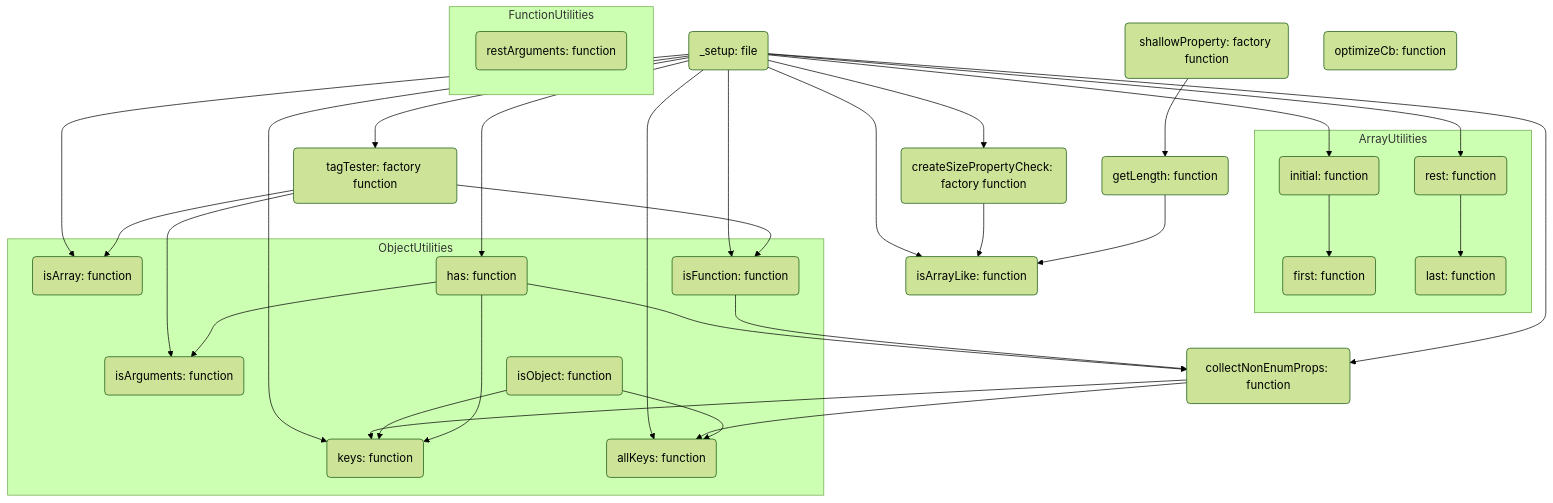
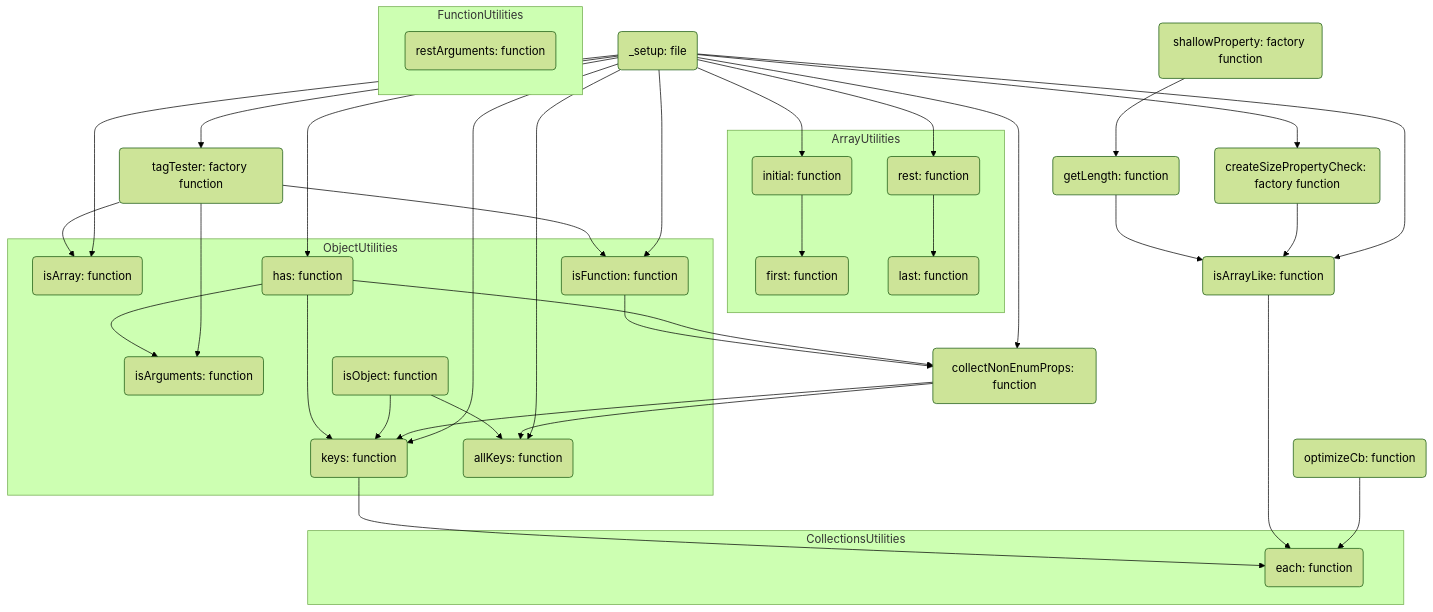
The diagram in doc/dependencies.mmd (AshGreyG/To-Realize-Underscore), drawn with Mermaid (forest theme) before and after one commit. The commit also changed 4 other files, not shown here.

Commit message:
:sparkles: add `each` function of Collections utils and corresponding test cases

```diff
--- a/doc/dependencies.mmd
+++ b/doc/dependencies.mmd
@@ -1,104 +1,112 @@
 flowchart TD
   %% Define nodes and their names
 
   %%% `_xxx` files
 
   _setup(_setup: file)
   _shallowProperty(shallowProperty: factory function)
   _getLength(getLength: function)
   _createSizePropertyCheck(createSizePropertyCheck: factory function)
   _isArrayLike(isArrayLike: function)
   _tagTester(tagTester: factory function)
   _optimizeCb(optimizeCb: function)
   _collectNonEnumProps(collectNonEnumProps: function)
+
+  %%% Collections functions
+
+  subgraph CollectionsUtilities
+    each(each: function)
+  end
 
   %%% Array functions
 
   subgraph ArrayUtilities
     initial(initial: function)
     first(first: function)
     rest(rest: function)
     last(last: function)
   end
 
   %%% Object functions
 
   subgraph ObjectUtilities
     isArray(isArray: function)
     isArguments(isArguments: function)
     isObject(isObject: function)
     isFunction(isFunction: function)
     has(has: function)
     keys(keys: function)
     allKeys(allKeys: function)
   end
 
   subgraph FunctionUtilities
     restArguments(restArguments: function)
   end
 
   %% Edge settings
 
   _setup --> initial
   _setup --> rest
   _setup --> _isArrayLike
   _setup --> _tagTester
   _setup --> isArray
   _setup --> has
   _setup --> _createSizePropertyCheck
   _setup --> _collectNonEnumProps
   _setup --> isFunction
   _setup --> keys
   _setup --> allKeys
 
   _tagTester --> isArray
   _tagTester --> isArguments
   _tagTester --> isFunction
   _shallowProperty --> _getLength
   _createSizePropertyCheck --> _isArrayLike
   _getLength --> _isArrayLike
   initial --> first
   rest --> last 
   has --> isArguments
   has --> _collectNonEnumProps
   isFunction --> _collectNonEnumProps
   _collectNonEnumProps --> keys
   isObject --> keys
   has --> keys
   _collectNonEnumProps --> allKeys
   isObject --> allKeys
-
+  _optimizeCb --> each
+  _isArrayLike --> each
+  keys --> each
 
   %% Hyperlink settings
 
   %%% `_xxx` files
  
   click _setup "https://github.com/AshGreyG/To-Realize-Underscore/blob/main/modules/_setup.js"
   click _shallowProperty "https://github.com/AshGreyG/To-Realize-Underscore/blob/main/modules/_shallowProperty.js"
   click _getLength "https://github.com/AshGreyG/To-Realize-Underscore/blob/main/modules/_getLength.js"
   click _createSizePropertyCheck "https://github.com/AshGreyG/To-Realize-Underscore/blob/main/modules/_createSizePropertyCheck.js"
   click _isArrayLike "https://github.com/AshGreyG/To-Realize-Underscore/blob/main/modules/_isArrayLike.js"
   click _tagTester "https://github.com/AshGreyG/To-Realize-Underscore/blob/main/modules/_tagTester.js"
   click _optimizeCb "https://github.com/AshGreyG/To-Realize-Underscore/blob/main/modules/_optimizeCb.js"
   click _collectNonEnumProps "https://github.com/AshGreyG/To-Realize-Underscore/blob/main/modules/_collectNonEnumProps.js"
 
   %%% Array functions
 
   click initial "https://github.com/AshGreyG/To-Realize-Underscore/blob/main/modules/initial.js"
   click first "https://github.com/AshGreyG/To-Realize-Underscore/blob/main/modules/first.js"
   click rest "https://github.com/AshGreyG/To-Realize-Underscore/blob/main/modules/rest.js"
   click last "https://github.com/AshGreyG/To-Realize-Underscore/blob/main/modules/last.js"
 
   %%% Object functions
 
   click isArray "https://github.com/AshGreyG/To-Realize-Underscore/blob/main/modules/isArray.js"
   click isArguments "https://github.com/AshGreyG/To-Realize-Underscore/blob/main/modules/isArguments.js"
   click isObject "https://github.com/AshGreyG/To-Realize-Underscore/blob/main/modules/isObject.js"
   click isFunction "https://github.com/AshGreyG/To-Realize-Underscore/blob/main/modules/isFunction.js"
   click has "https://github.com/AshGreyG/To-Realize-Underscore/blob/main/modules/_has.js"
   click keys "https://github.com/AshGreyG/To-Realize-Underscore/blob/main/modules/keys.js"
   click allKeys "https://github.com/AshGreyG/To-Realize-Underscore/blob/main/modules/allKeys.js"
 
   %%% Function functions 😄
 
   click restArguments "https://github.com/AshGreyG/To-Realize-Underscore/blob/main/modules/restArguments.js"
```
